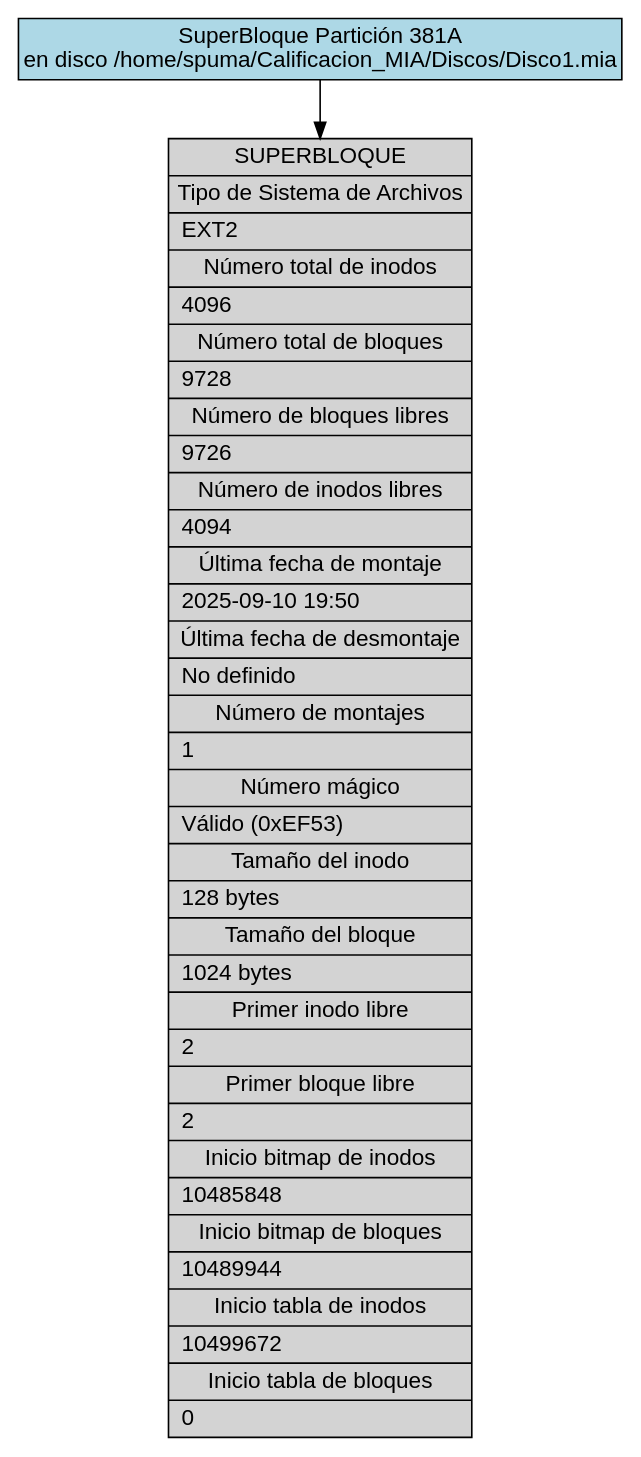
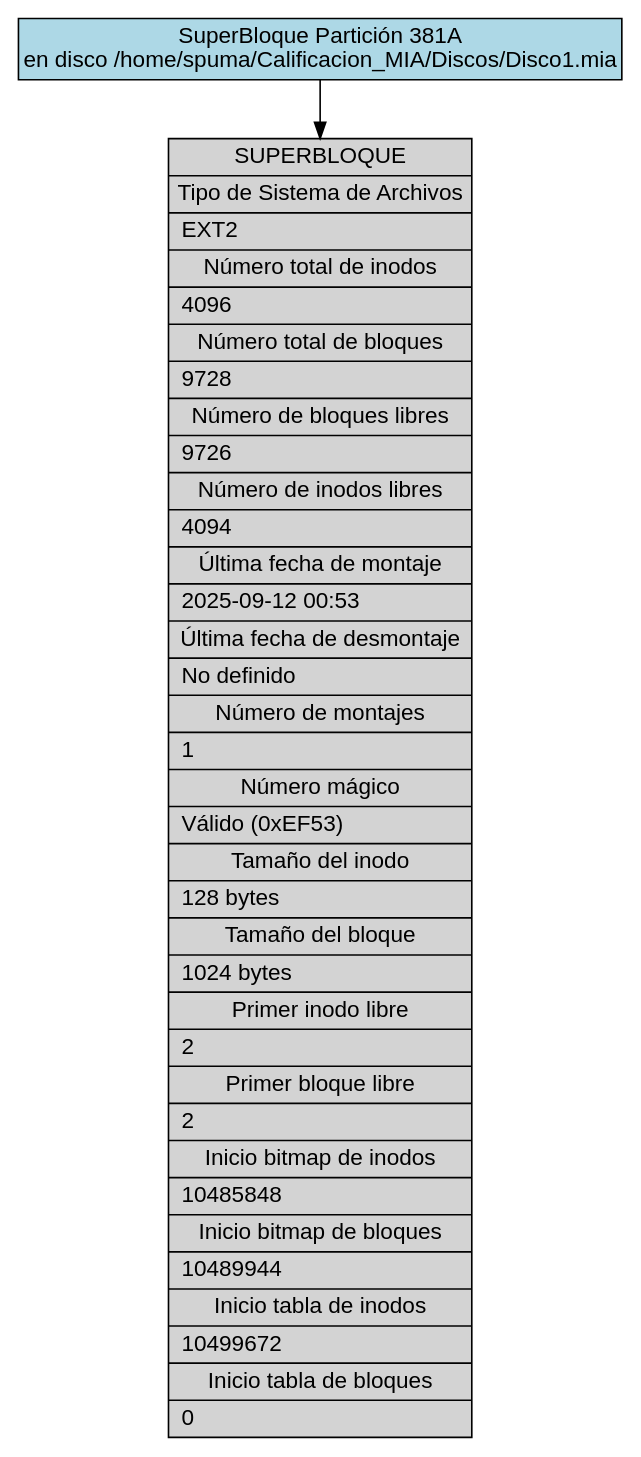
The diagram in backend/provider/reports/src/sb_381A.dot (DiegVas/MIA_2S2025_P1_202300638), drawn with Graphviz before and after one commit. The commit also changed 10 other files, not shown here.

```diff
--- a/backend/provider/reports/src/sb_381A.dot
+++ b/backend/provider/reports/src/sb_381A.dot
@@ -1,13 +1,13 @@
 digraph Superblock_Report {
     rankdir=TB;
     node [shape=record, fontname="Arial"];
     edge [fontname="Arial"];
     graph [fontname="Arial"];
 
     title [label="SuperBloque Partición 381A\nen disco /home/spuma/Calificacion_MIA/Discos/Disco1.mia", shape=box, style=filled, fillcolor=lightblue];
 
-    superblock [label="{SUPERBLOQUE|Tipo de Sistema de Archivos|EXT2\l|Número total de inodos|4096\l|Número total de bloques|9728\l|Número de bloques libres|9726\l|Número de inodos libres|4094\l|Última fecha de montaje|2025-09-10 19:50\l|Última fecha de desmontaje|No definido\l|Número de montajes|1\l|Número mágico|Válido (0xEF53)\l|Tamaño del inodo|128 bytes\l|Tamaño del bloque|1024 bytes\l|Primer inodo libre|2\l|Primer bloque libre|2\l|Inicio bitmap de inodos|10485848\l|Inicio bitmap de bloques|10489944\l|Inicio tabla de inodos|10499672\l|Inicio tabla de bloques|0\l}", style=filled, fillcolor=lightgray];
+    superblock [label="{SUPERBLOQUE|Tipo de Sistema de Archivos|EXT2\l|Número total de inodos|4096\l|Número total de bloques|9728\l|Número de bloques libres|9726\l|Número de inodos libres|4094\l|Última fecha de montaje|2025-09-12 00:53\l|Última fecha de desmontaje|No definido\l|Número de montajes|1\l|Número mágico|Válido (0xEF53)\l|Tamaño del inodo|128 bytes\l|Tamaño del bloque|1024 bytes\l|Primer inodo libre|2\l|Primer bloque libre|2\l|Inicio bitmap de inodos|10485848\l|Inicio bitmap de bloques|10489944\l|Inicio tabla de inodos|10499672\l|Inicio tabla de bloques|0\l}", style=filled, fillcolor=lightgray];
 
     title -> superblock;
 
 }
```
